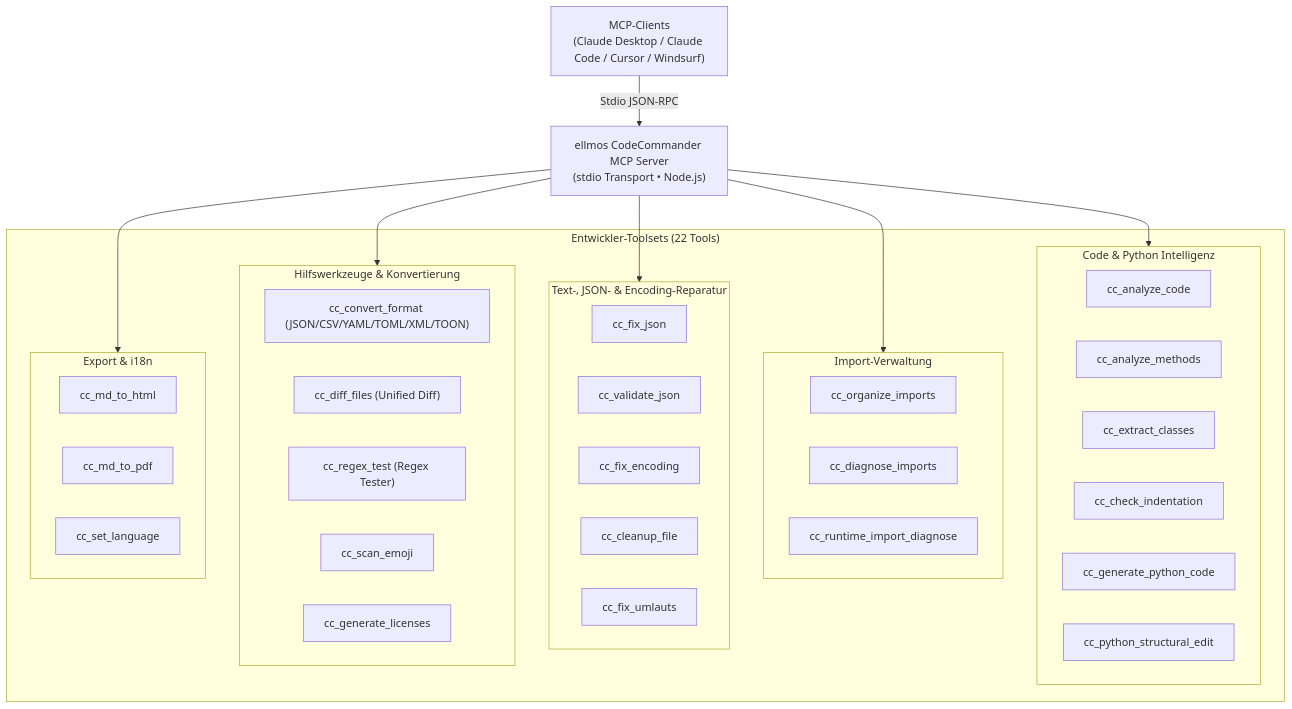
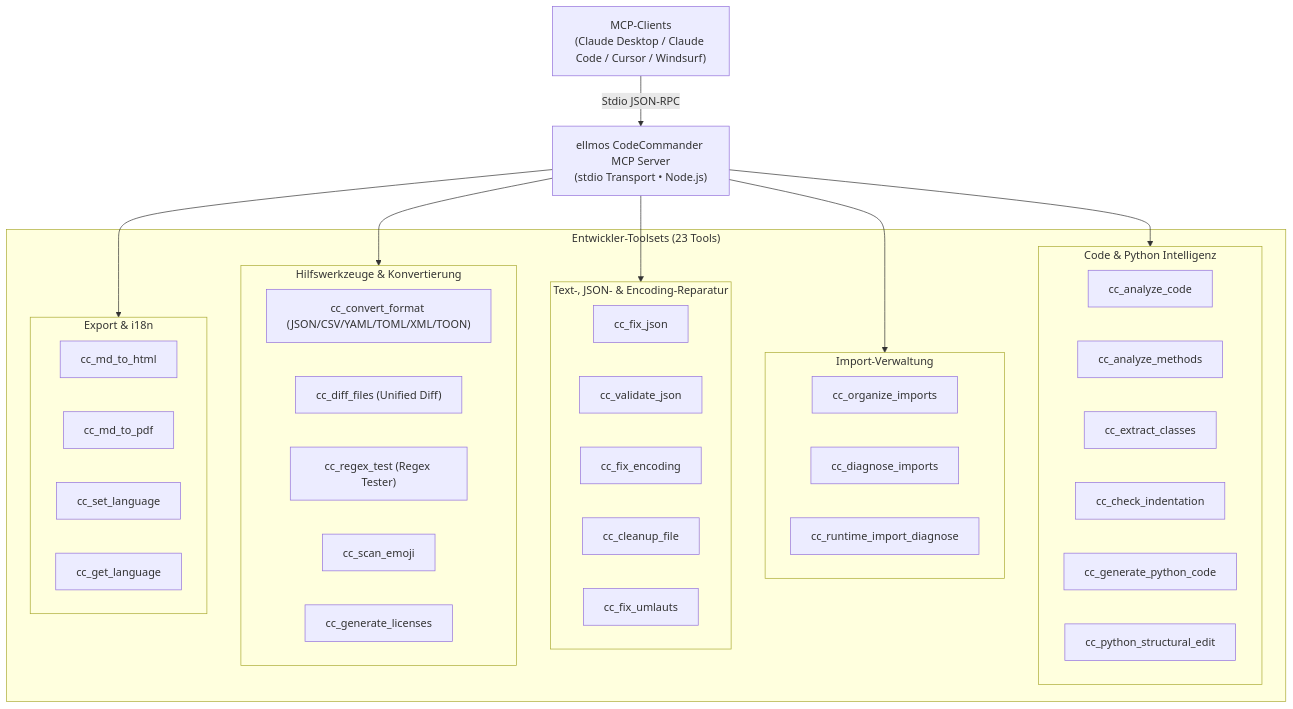
The first of 2 diagrams in README_de.md (ellmos-ai/ellmos-codecommander-mcp), drawn with Mermaid before and after one commit. The commit also changed other lines of this file and 18 other files, not shown here.

Commit message:
feat: add cc_get_language tool, bump to v1.3.24, and sync sibling metadata (#11)

````diff
--- a/README_de.md
+++ b/README_de.md
@@ -36,51 +36,52 @@
 ```mermaid
 graph TD
     Client["MCP-Clients<br/>(Claude Desktop / Claude Code / Cursor / Windsurf)"]
     Server["ellmos CodeCommander MCP Server<br/>(stdio Transport • Node.js)"]
 
-    subgraph Tools["Entwickler-Toolsets (22 Tools)"]
+    subgraph Tools["Entwickler-Toolsets (23 Tools)"]
         subgraph CodeIntel["Code & Python Intelligenz"]
             C1["cc_analyze_code"]
             C2["cc_analyze_methods"]
             C3["cc_extract_classes"]
             C4["cc_check_indentation"]
             C5["cc_generate_python_code"]
             C6["cc_python_structural_edit"]
         end
 
         subgraph Imports["Import-Verwaltung"]
             I1["cc_organize_imports"]
             I2["cc_diagnose_imports"]
             I3["cc_runtime_import_diagnose"]
         end
 
         subgraph Repair["Text-, JSON- & Encoding-Reparatur"]
             R1["cc_fix_json"]
             R2["cc_validate_json"]
             R3["cc_fix_encoding"]
             R4["cc_cleanup_file"]
             R5["cc_fix_umlauts"]
         end
 
         subgraph Utility["Hilfswerkzeuge & Konvertierung"]
             U1["cc_convert_format (JSON/CSV/YAML/TOML/XML/TOON)"]
             U2["cc_diff_files (Unified Diff)"]
             U3["cc_regex_test (Regex Tester)"]
             U4["cc_scan_emoji"]
             U5["cc_generate_licenses"]
         end
 
         subgraph Export["Export & i18n"]
             E1["cc_md_to_html"]
             E2["cc_md_to_pdf"]
             E3["cc_set_language"]
+            E4["cc_get_language"]
         end
     end
 
     Client -->|Stdio JSON-RPC| Server
     Server --> CodeIntel
     Server --> Imports
     Server --> Repair
     Server --> Utility
     Server --> Export
 ```
````
